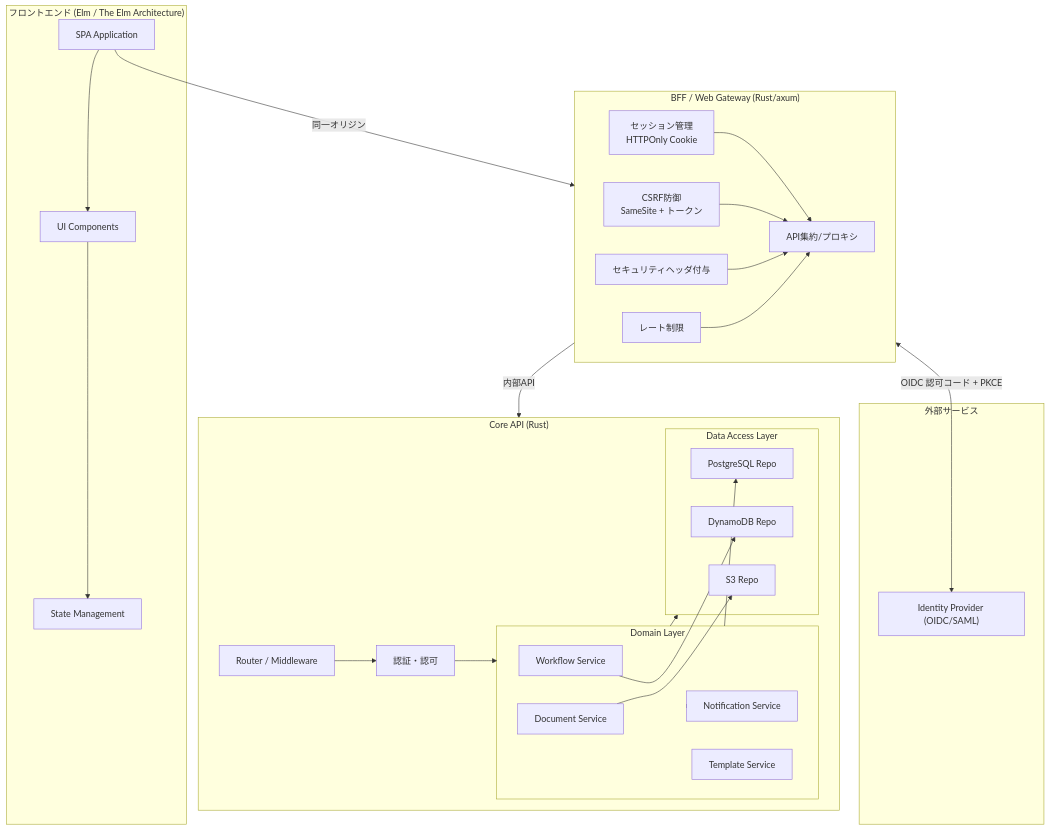
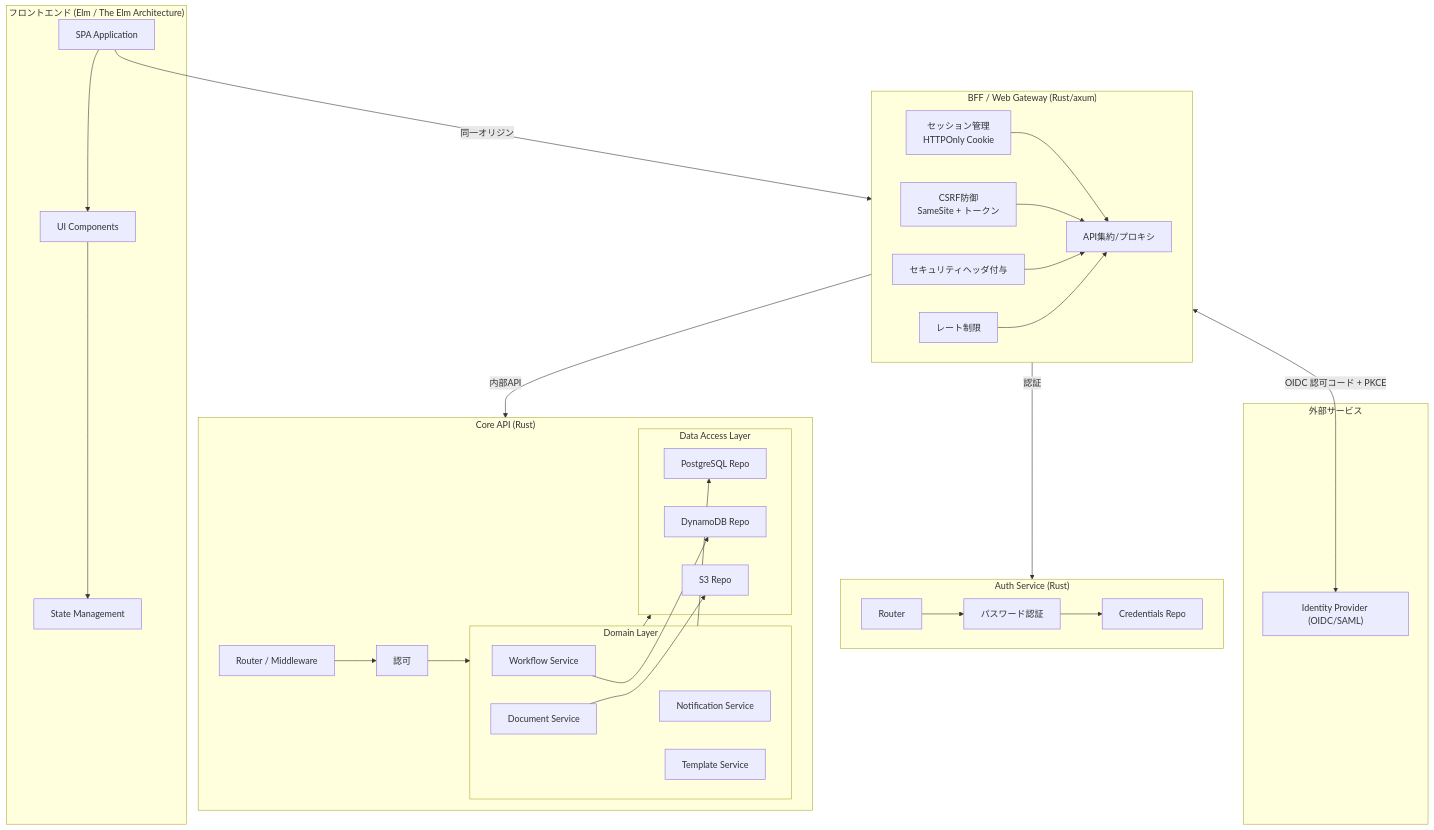
One commit to ka2kama/ringiflow changed the third of 4 diagrams in docs/02_基本設計書/01_アーキテクチャ設計.md. Above: the diagram before and after it, drawn with Mermaid. The commit also changed other lines of this file and 11 other files, not shown here.

First line of the commit message:
#80 Auth Service 分離の設計書を追加 (#93)

````diff
--- a/docs/02_基本設計書/01_アーキテクチャ設計.md
+++ b/docs/02_基本設計書/01_アーキテクチャ設計.md
@@ -129,54 +132,62 @@
 ```mermaid
 flowchart TB
     subgraph Frontend["フロントエンド (Elm / The Elm Architecture)"]
         SPA["SPA Application"]
         UI["UI Components"]
         State["State Management"]
         SPA --> UI --> State
     end
 
     subgraph BFFLayer["BFF / Web Gateway (Rust/axum)"]
         Sess["セッション管理<br/>HTTPOnly Cookie"]
         CSRF["CSRF防御<br/>SameSite + トークン"]
         Proxy["API集約/プロキシ"]
         Headers["セキュリティヘッダ付与"]
         Rate["レート制限"]
         Sess --> Proxy
         CSRF --> Proxy
         Headers --> Proxy
         Rate --> Proxy
     end
 
+    subgraph AuthService["Auth Service (Rust)"]
+        AuthRouter["Router"]
+        Verify["パスワード認証"]
+        CredRepo["Credentials Repo"]
+        AuthRouter --> Verify --> CredRepo
+    end
+
     subgraph Backend["Core API (Rust)"]
         Router["Router / Middleware"]
-        Auth["認証・認可"]
+        Authz["認可"]
         subgraph Domain["Domain Layer"]
             WFService["Workflow Service"]
             TemplateService["Template Service"]
             DocumentService["Document Service"]
             NotifyService["Notification Service"]
         end
 
         subgraph DataAccess["Data Access Layer"]
             PGRepo["PostgreSQL Repo"]
             DDBRepo["DynamoDB Repo"]
             StorageRepo["S3 Repo"]
         end
 
-        Router --> Auth --> Domain
+        Router --> Authz --> Domain
         Domain --> DataAccess
     end
 
     subgraph External["外部サービス"]
         IdP["Identity Provider (OIDC/SAML)"]
     end
 
     SPA -->|同一オリジン| BFFLayer
+    BFFLayer -->|認証| AuthService
     BFFLayer -->|内部API| Backend
     BFFLayer <-->|OIDC 認可コード + PKCE| IdP
 
     Domain --> PGRepo
     WFService --> DDBRepo
     DocumentService --> StorageRepo
     Domain --> NotifyService
 ```
````
